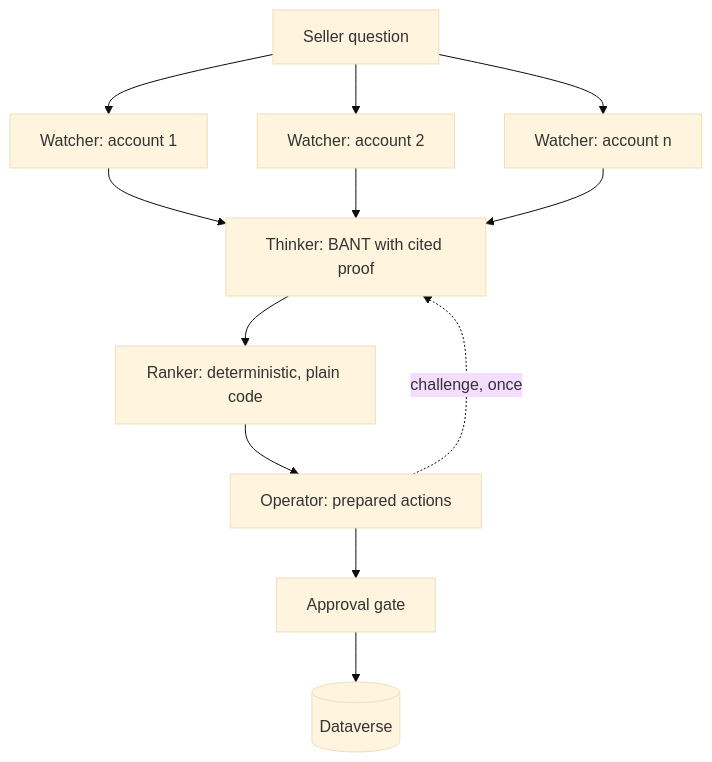
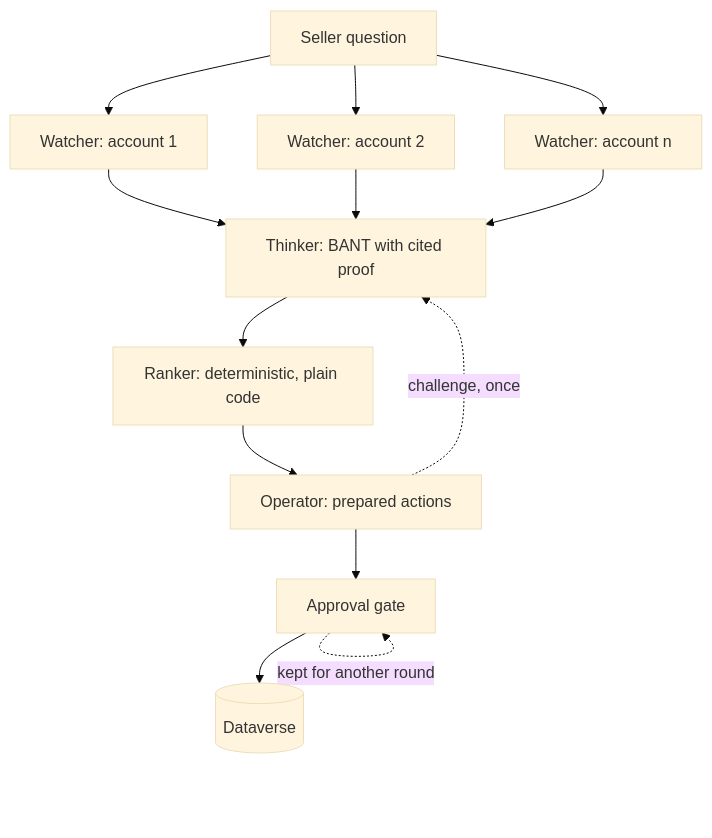
The diagram in README.md (allandecastro/dataverse-agent-framework-sales), drawn with Mermaid (base theme) before and after one commit. The commit also changed other lines of this file and 13 other files, not shown here.

````diff
--- a/README.md
+++ b/README.md
@@ -45,14 +47,15 @@
 ```mermaid
 flowchart TD
     Q[Seller question] --> W1[Watcher: account 1]
     Q --> W2[Watcher: account 2]
     Q --> Wn[Watcher: account n]
     W1 --> T[Thinker: BANT with cited proof]
     W2 --> T
     Wn --> T
     T --> R[Ranker: deterministic, plain code]
     R --> O[Operator: prepared actions]
     O -. challenge, once .-> T
     O --> A[Approval gate]
     A --> D[(Dataverse)]
+    A -. kept for another round .-> A
 ```
````
